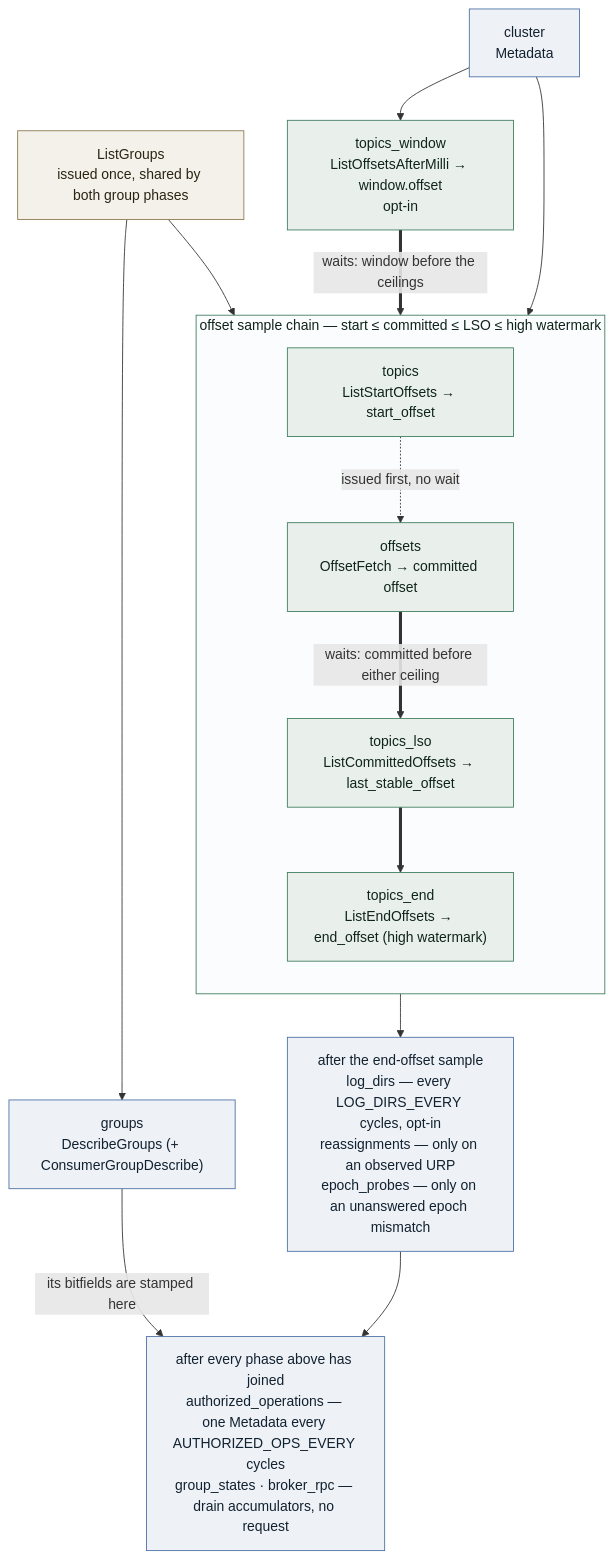
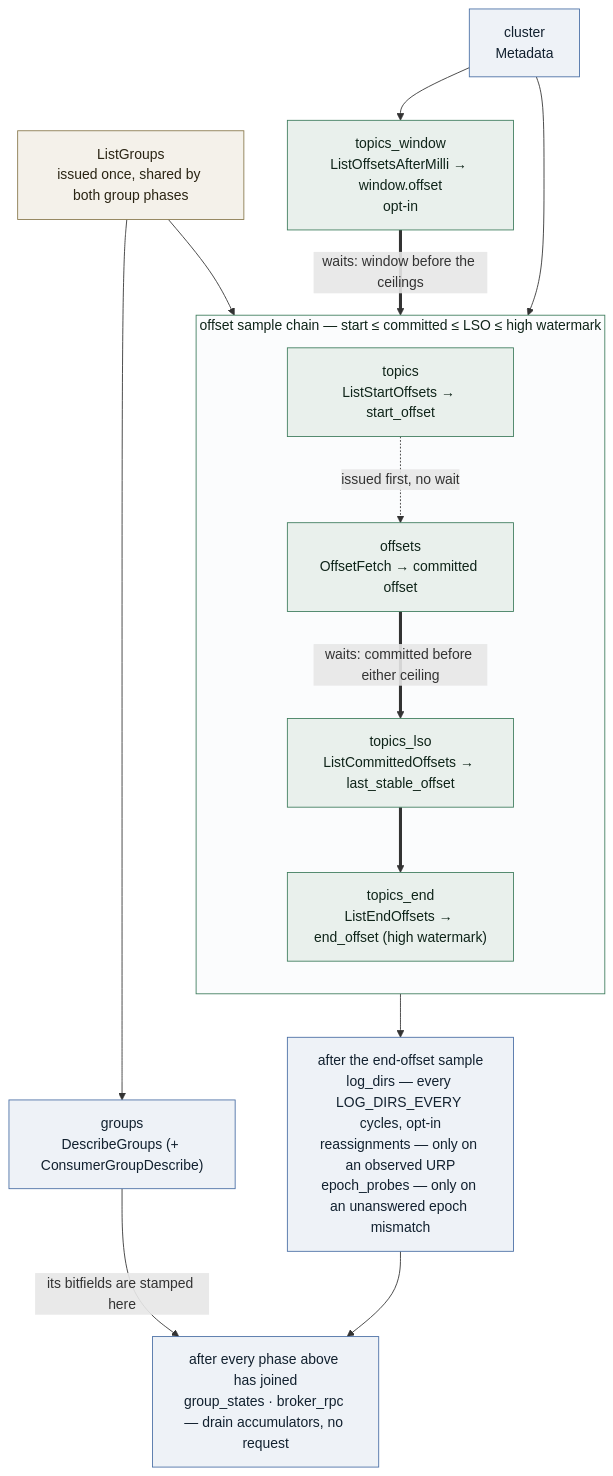
One commit to streamsight-labs/streamsight-agent changed the second of 2 diagrams in README.md. Above: the diagram before and after it, drawn with Mermaid. The commit also changed other lines of this file and 18 other files, not shown here.

Commit message:
refactor(collector): drop authorized-ops phase, default 5s interval and hosted endpoint (#7)

````diff
--- a/README.md
+++ b/README.md
@@ -52,38 +52,38 @@
 ```mermaid
 flowchart TB
     MD["cluster<br/>Metadata"]
     LG["ListGroups<br/>issued once, shared by both group phases"]
     GR["groups<br/>DescribeGroups (+ ConsumerGroupDescribe)"]
     WN["topics_window<br/>ListOffsetsAfterMilli → window.offset<br/>opt-in"]
 
     subgraph chain["offset sample chain — start ≤ committed ≤ LSO ≤ high watermark"]
         direction TB
         TS["topics<br/>ListStartOffsets → start_offset"]
         OF["offsets<br/>OffsetFetch → committed offset"]
         LSO["topics_lso<br/>ListCommittedOffsets → last_stable_offset"]
         EN["topics_end<br/>ListEndOffsets → end_offset (high watermark)"]
         TS -. "issued first, no wait" .-> OF
         OF == "waits: committed before either ceiling" ==> LSO
         LSO ==> EN
     end
 
     POST["after the end-offset sample<br/>log_dirs — every LOG_DIRS_EVERY cycles, opt-in<br/>reassignments — only on an observed URP<br/>epoch_probes — only on an unanswered epoch mismatch"]
-    JOIN["after every phase above has joined<br/>authorized_operations — one Metadata every AUTHORIZED_OPS_EVERY cycles<br/>group_states · broker_rpc — drain accumulators, no request"]
+    JOIN["after every phase above has joined<br/>group_states · broker_rpc — drain accumulators, no request"]
 
     MD --> chain
     MD --> WN
     LG --> GR
     LG --> OF
     WN == "waits: window before the ceilings" ==> LSO
     EN --> POST
     POST --> JOIN
     GR -- "its bitfields are stamped here" --> JOIN
 
     classDef phase fill:#eef2f7,stroke:#4a6fa5,color:#12212f
     classDef shared fill:#f4f1ea,stroke:#8a7a4e,color:#2a2413
     classDef link fill:#e9f0ec,stroke:#3f7d5e,color:#0f2419
     class MD,GR,POST,JOIN phase
     class LG shared
     class WN,TS,OF,LSO,EN link
     style chain fill:#fbfcfd,stroke:#3f7d5e,color:#0f2419
 ```
````
